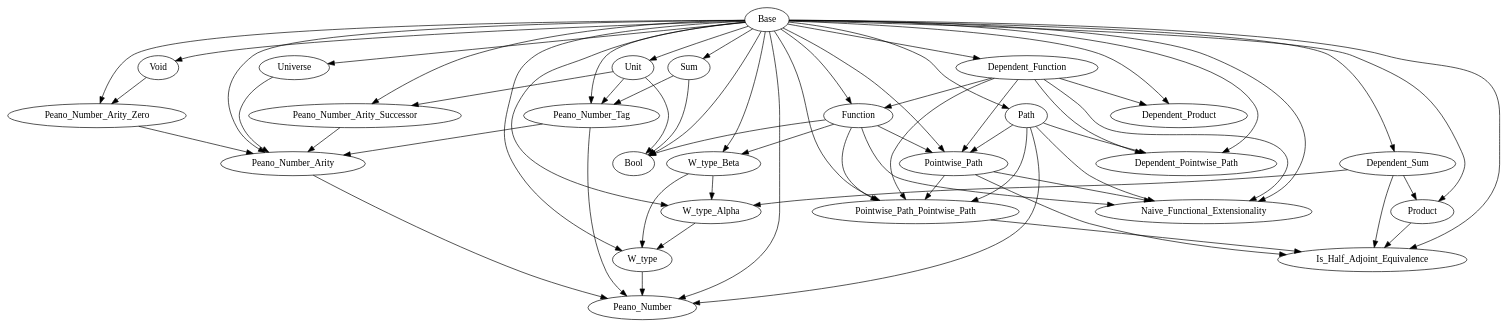
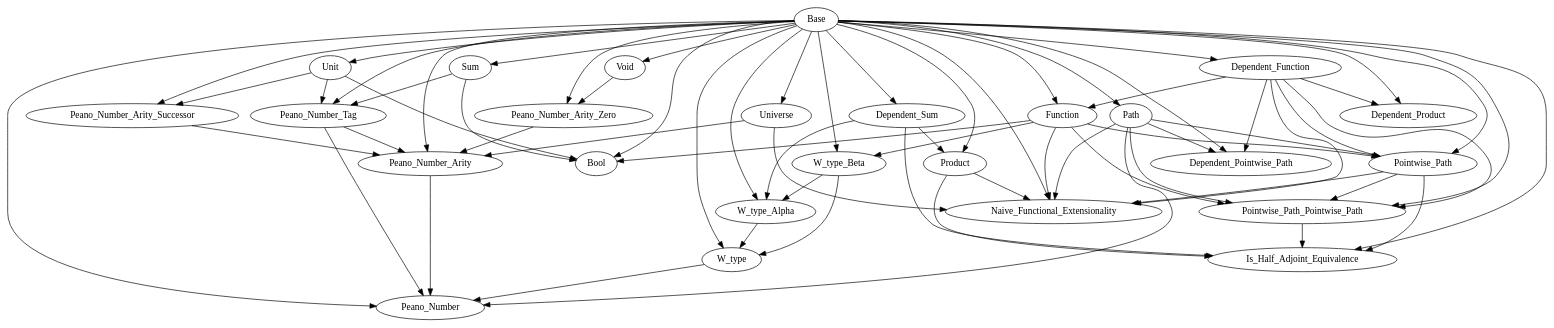
The diagram in libraries/dependencies.gv (Hexirp/googology-in-coq), drawn with Graphviz before and after one commit. The commit also changed 1 other file, not shown here.

Commit message:
Fix: Naive_Functional_Extensionality を

```diff
--- a/libraries/dependencies.gv
+++ b/libraries/dependencies.gv
@@ -1,91 +1,93 @@
 digraph Dependencies {
   # Base
   # Dependent_Function
   "Base" -> "Dependent_Function";
   # Function
   "Base" -> "Function";
   "Dependent_Function" -> "Function";
   # Dependent_Product
   "Base" -> "Dependent_Product";
   "Dependent_Function" -> "Dependent_Product";
   # Dependent_Sum
   "Base" -> "Dependent_Sum";
   # Product
   "Base" -> "Product";
   "Dependent_Sum" -> "Product";
   # Sum
   "Base" -> "Sum";
   # Unit
   "Base" -> "Unit";
   # Void
   "Base" -> "Void";
   # W_type_Beta
   "Base" -> "W_type_Beta";
   "Function" -> "W_type_Beta";
   # W_type_Alpha
   "Base" -> "W_type_Alpha";
   "Dependent_Sum" -> "W_type_Alpha";
   "W_type_Beta" -> "W_type_Alpha";
   # W_type
   "Base" -> "W_type";
   "W_type_Alpha" -> "W_type";
   "W_type_Beta" -> "W_type";
   # Universe
   "Base" -> "Universe";
   # Path
   "Base" -> "Path";
   # Dependent_Pointwise_Path
   "Base" -> "Dependent_Pointwise_Path";
   "Dependent_Function" -> "Dependent_Pointwise_Path";
   "Path" -> "Dependent_Pointwise_Path";
   # Pointwise_Path
   "Base" -> "Pointwise_Path";
   "Dependent_Function" -> "Pointwise_Path";
   "Function" -> "Pointwise_Path";
   "Path" -> "Pointwise_Path";
   # Pointwise_Path_Pointwise_Path
   "Base" -> "Pointwise_Path_Pointwise_Path";
   "Dependent_Function" -> "Pointwise_Path_Pointwise_Path";
   "Function" -> "Pointwise_Path_Pointwise_Path";
   "Path" -> "Pointwise_Path_Pointwise_Path";
   "Pointwise_Path" -> "Pointwise_Path_Pointwise_Path";
   # Is_Half_Adjoint_Equivalence
   "Base" -> "Is_Half_Adjoint_Equivalence";
   "Dependent_Sum" -> "Is_Half_Adjoint_Equivalence";
   "Product" -> "Is_Half_Adjoint_Equivalence";
   "Pointwise_Path" -> "Is_Half_Adjoint_Equivalence";
   "Pointwise_Path_Pointwise_Path" -> "Is_Half_Adjoint_Equivalence";
   # Naive_Functional_Extensionality
   "Base" -> "Naive_Functional_Extensionality";
   "Dependent_Function" -> "Naive_Functional_Extensionality";
   "Function" -> "Naive_Functional_Extensionality";
+  "Product" -> "Naive_Functional_Extensionality";
+  "Universe" -> "Naive_Functional_Extensionality";
   "Path" -> "Naive_Functional_Extensionality";
   "Pointwise_Path" -> "Naive_Functional_Extensionality";
   # Bool
   "Base" -> "Bool";
   "Function" -> "Bool";
   "Sum" -> "Bool";
   "Unit" -> "Bool";
   # Peano_Number_Tag
   "Base" -> "Peano_Number_Tag";
   "Sum" -> "Peano_Number_Tag";
   "Unit" -> "Peano_Number_Tag";
   # Peano_Number_Arity_Zero
   "Base" -> "Peano_Number_Arity_Zero";
   "Void" -> "Peano_Number_Arity_Zero";
   # Peano_Number_Arity_Successor
   "Base" -> "Peano_Number_Arity_Successor";
   "Unit" -> "Peano_Number_Arity_Successor";
   # Peano_Number_Arity
   "Base" -> "Peano_Number_Arity";
   "Universe" -> "Peano_Number_Arity";
   "Peano_Number_Tag" -> "Peano_Number_Arity";
   "Peano_Number_Arity_Zero" -> "Peano_Number_Arity";
   "Peano_Number_Arity_Successor" -> "Peano_Number_Arity";
   # Peano_Number
   "Base" -> "Peano_Number";
   "W_type" -> "Peano_Number";
   "Path" -> "Peano_Number";
   "Peano_Number_Tag" -> "Peano_Number";
   "Peano_Number_Arity" -> "Peano_Number";
 }
```
